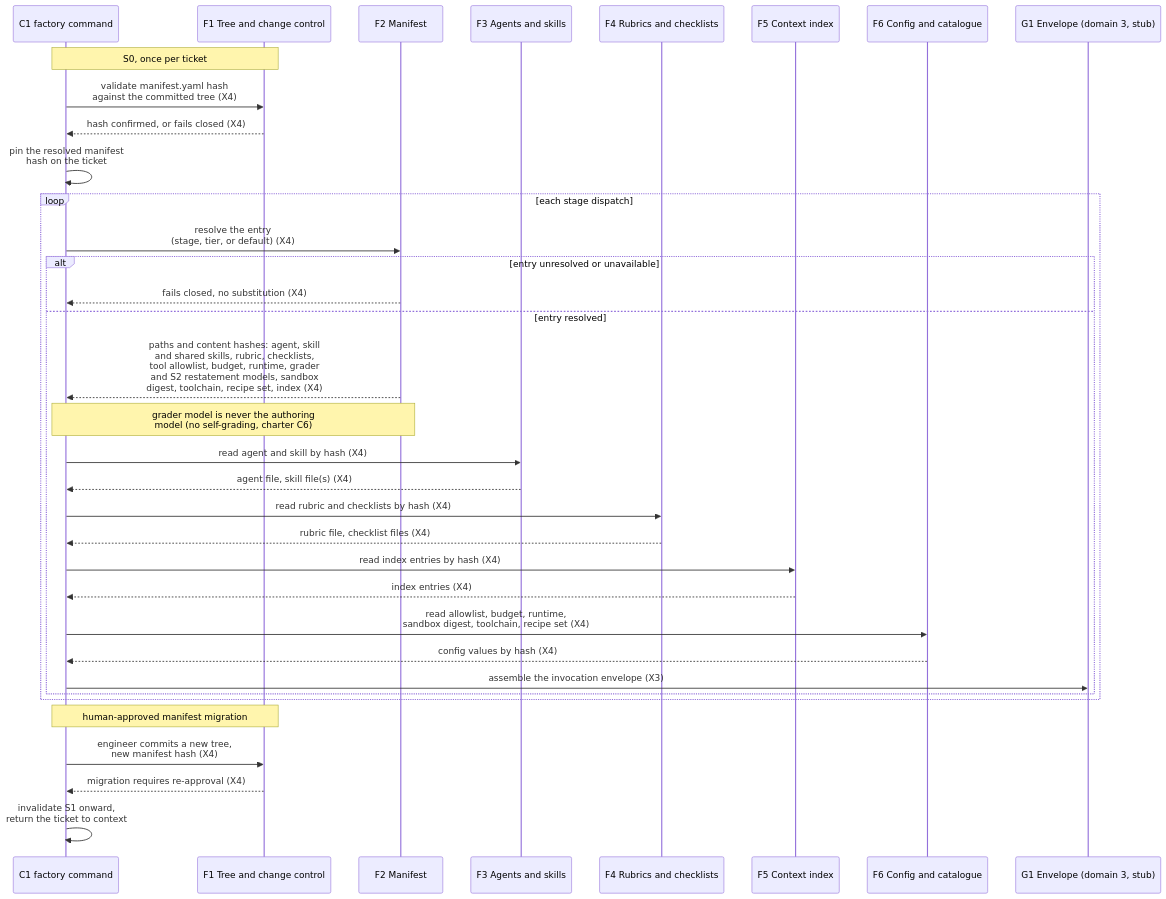
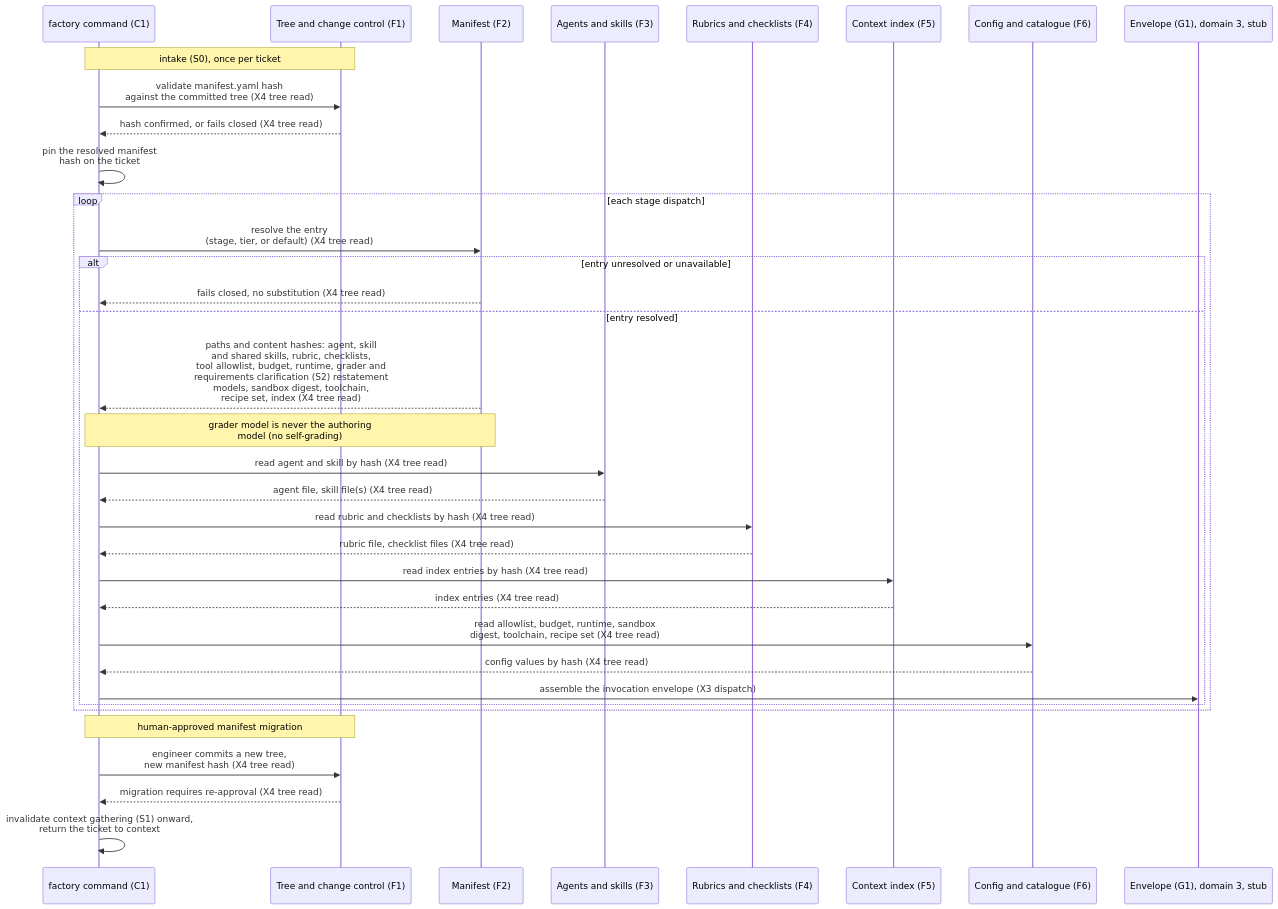
The second of 3 diagrams in docs/design/hld/L2-factory-as-code.md (abhishekthakur7/software-factory), drawn with Mermaid before and after one commit. The commit also changed other lines of this file and 9 other files, not shown here.

Commit message:
Name every code on the HLD pictures; add the short-name legend and fix the broken sequence diagram

````diff
--- a/docs/design/hld/L2-factory-as-code.md
+++ b/docs/design/hld/L2-factory-as-code.md
@@ -117,40 +119,40 @@
 ```mermaid
 sequenceDiagram
-    participant C1 as C1 factory command
-    participant F1 as F1 Tree and change control
-    participant F2 as F2 Manifest
-    participant F3 as F3 Agents and skills
-    participant F4 as F4 Rubrics and checklists
-    participant F5 as F5 Context index
-    participant F6 as F6 Config and catalogue
-    participant G1 as G1 Envelope (domain 3, stub)
+    participant C1 as factory command (C1)
+    participant F1 as Tree and change control (F1)
+    participant F2 as Manifest (F2)
+    participant F3 as Agents and skills (F3)
+    participant F4 as Rubrics and checklists (F4)
+    participant F5 as Context index (F5)
+    participant F6 as Config and catalogue (F6)
+    participant G1 as Envelope (G1), domain 3, stub
 
-    Note over C1,F1: S0, once per ticket
-    C1->>F1: validate manifest.yaml hash<br/>against the committed tree (X4)
-    F1-->>C1: hash confirmed, or fails closed (X4)
+    Note over C1,F1: intake (S0), once per ticket
+    C1->>F1: validate manifest.yaml hash<br/>against the committed tree (X4 tree read)
+    F1-->>C1: hash confirmed, or fails closed (X4 tree read)
     C1->>C1: pin the resolved manifest<br/>hash on the ticket
 
     loop each stage dispatch
-        C1->>F2: resolve the entry<br/>(stage, tier, or default) (X4)
+        C1->>F2: resolve the entry<br/>(stage, tier, or default) (X4 tree read)
         alt entry unresolved or unavailable
-            F2-->>C1: fails closed, no substitution (X4)
+            F2-->>C1: fails closed, no substitution (X4 tree read)
         else entry resolved
-            F2-->>C1: paths and content hashes: agent, skill<br/>and shared skills, rubric, checklists,<br/>tool allowlist, budget, runtime, grader<br/>and S2 restatement models, sandbox<br/>digest, toolchain, recipe set, index (X4)
-            Note over F2,C1: grader model is never the authoring<br/>model (no self-grading, charter C6)
-            C1->>F3: read agent and skill by hash (X4)
-            F3-->>C1: agent file, skill file(s) (X4)
-            C1->>F4: read rubric and checklists by hash (X4)
-            F4-->>C1: rubric file, checklist files (X4)
-            C1->>F5: read index entries by hash (X4)
-            F5-->>C1: index entries (X4)
-            C1->>F6: read allowlist, budget, runtime,<br/>sandbox digest, toolchain, recipe set (X4)
-            F6-->>C1: config values by hash (X4)
-            C1->>G1: assemble the invocation envelope (X3)
+            F2-->>C1: paths and content hashes: agent, skill<br/>and shared skills, rubric, checklists,<br/>tool allowlist, budget, runtime, grader and<br/>requirements clarification (S2) restatement<br/>models, sandbox digest, toolchain,<br/>recipe set, index (X4 tree read)
+            Note over F2,C1: grader model is never the authoring<br/>model (no self-grading)
+            C1->>F3: read agent and skill by hash (X4 tree read)
+            F3-->>C1: agent file, skill file(s) (X4 tree read)
+            C1->>F4: read rubric and checklists by hash (X4 tree read)
+            F4-->>C1: rubric file, checklist files (X4 tree read)
+            C1->>F5: read index entries by hash (X4 tree read)
+            F5-->>C1: index entries (X4 tree read)
+            C1->>F6: read allowlist, budget, runtime, sandbox<br/>digest, toolchain, recipe set (X4 tree read)
+            F6-->>C1: config values by hash (X4 tree read)
+            C1->>G1: assemble the invocation envelope (X3 dispatch)
         end
     end
 
     Note over C1,F1: human-approved manifest migration
-    C1->>F1: engineer commits a new tree,<br/>new manifest hash (X4)
-    F1-->>C1: migration requires re-approval (X4)
-    C1->>C1: invalidate S1 onward,<br/>return the ticket to context
+    C1->>F1: engineer commits a new tree,<br/>new manifest hash (X4 tree read)
+    F1-->>C1: migration requires re-approval (X4 tree read)
+    C1->>C1: invalidate context gathering (S1) onward,<br/>return the ticket to context
 ```
````
